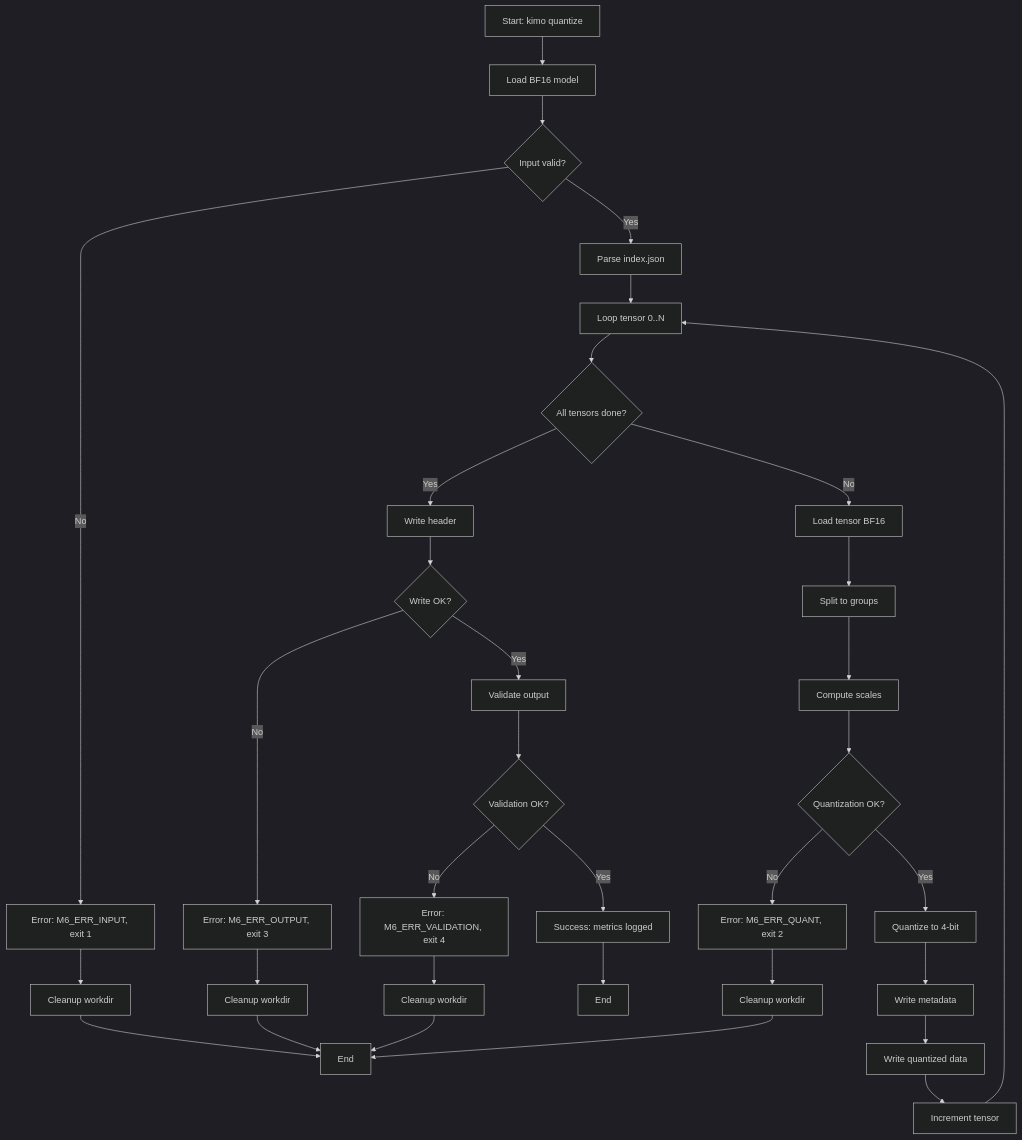
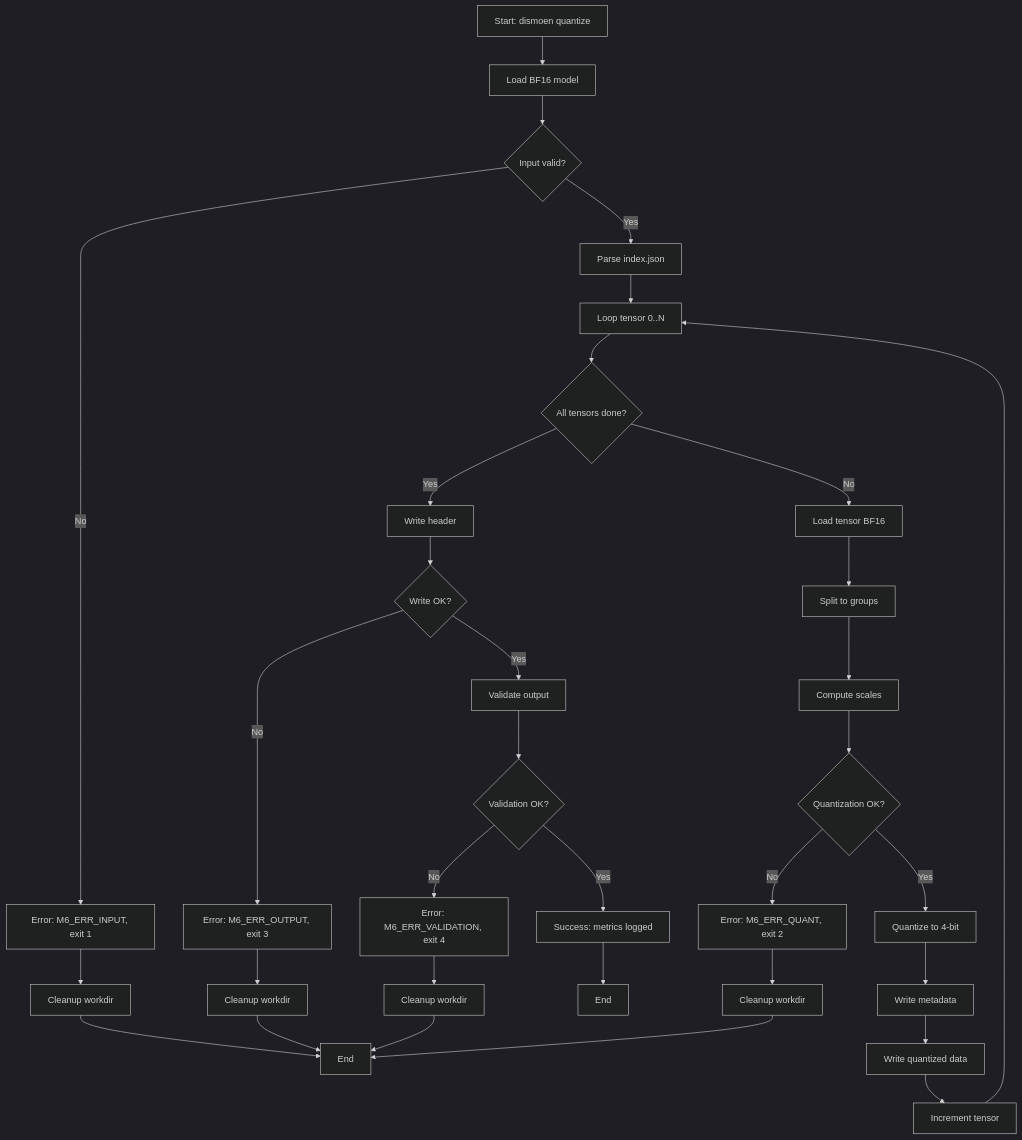
Before and after one commit to will2469/disk-streaming-moe-engine: the diagram in docs/milestones/M6-quantizer.md, drawn with Mermaid (dark theme). The commit also changed other lines of this file and 74 other files, not shown here.

````diff
--- a/docs/milestones/M6-quantizer.md
+++ b/docs/milestones/M6-quantizer.md
@@ -418,36 +418,36 @@
 ```mermaid
 flowchart TD
-    A[Start: kimo quantize] --> B[Load BF16 model]
+    A[Start: dismoen quantize] --> B[Load BF16 model]
     B --> C{Input valid?}
     C -->|No| ERR1[Error: M6_ERR_INPUT, exit 1]
     C -->|Yes| D[Parse index.json]
     D --> E[Loop tensor 0..N]
     E --> F{All tensors done?}
     F -->|Yes| Z[Write header]
     F -->|No| G[Load tensor BF16]
     G --> H[Split to groups]
     H --> I[Compute scales]
     I --> J{Quantization OK?}
     J -->|No| ERR2[Error: M6_ERR_QUANT, exit 2]
     J -->|Yes| K[Quantize to 4-bit]
     K --> L[Write metadata]
     L --> M[Write quantized data]
     M --> N[Increment tensor]
     N --> E
     Z --> AA{Write OK?}
     AA -->|No| ERR3[Error: M6_ERR_OUTPUT, exit 3]
     AA -->|Yes| AB[Validate output]
     AB --> AC{Validation OK?}
     AC -->|No| ERR4[Error: M6_ERR_VALIDATION, exit 4]
     AC -->|Yes| AD[Success: metrics logged]
     AD --> AE[End]
 
     ERR1 --> END1[Cleanup workdir]
     ERR2 --> END2[Cleanup workdir]
     ERR3 --> END3[Cleanup workdir]
     ERR4 --> END4[Cleanup workdir]
     END1 --> ZE[End]
     END2 --> ZE
     END3 --> ZE
     END4 --> ZE
 ```
````
